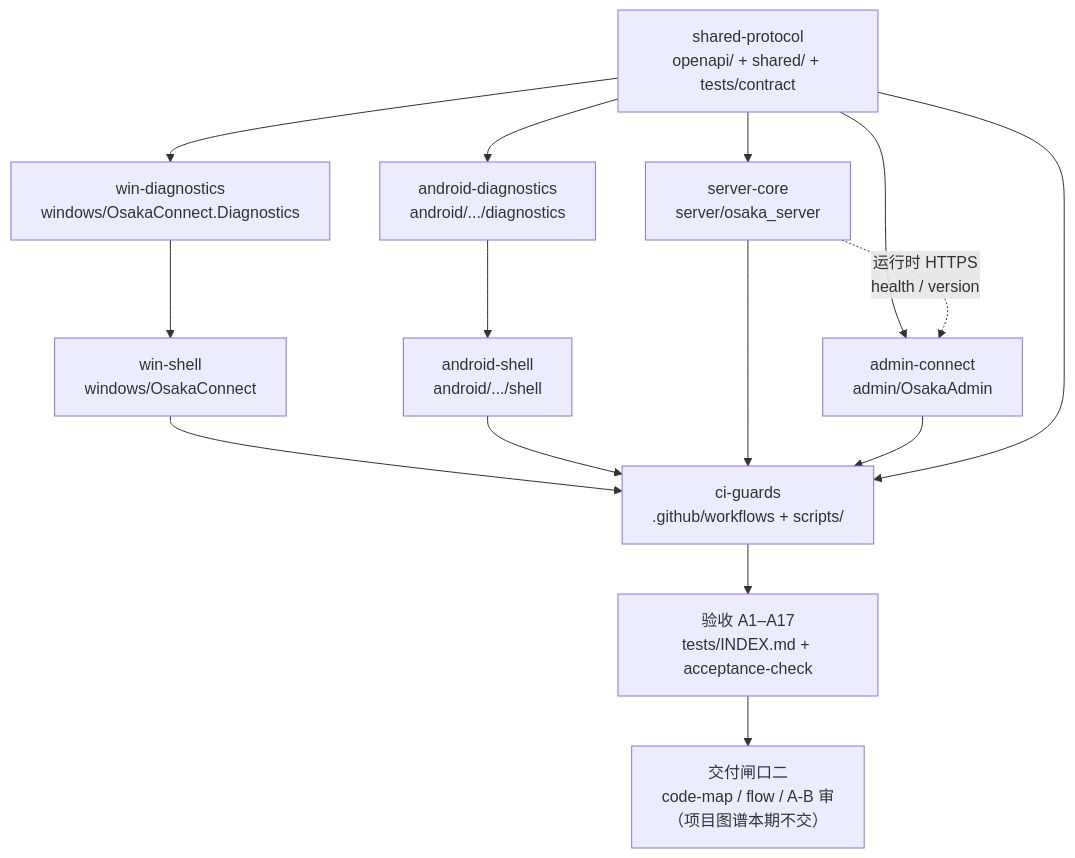
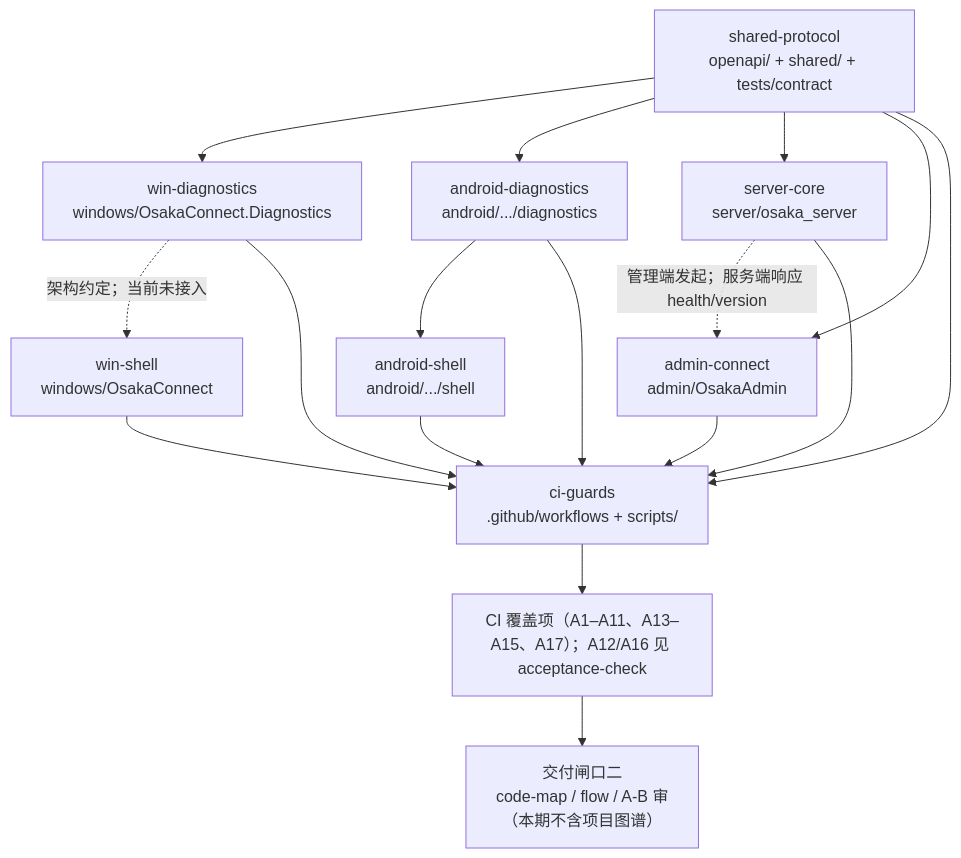
One commit to Yarrow-he/OsakaConnect changed the diagram in docs/delivery/v0.1.0/flow.mmd. Above: the diagram before and after it, drawn with Mermaid. The commit also changed 3 other files, not shown here.

First line of the commit message:
按 A/B 评审补交付文档说明：澄清壳依赖、测试路径和流程图边

```diff
--- a/docs/delivery/v0.1.0/flow.mmd
+++ b/docs/delivery/v0.1.0/flow.mmd
@@ -1,21 +1,23 @@
 flowchart TD
   shared["shared-protocol<br/>openapi/ + shared/ + tests/contract"]
 
   shared --> winDiag["win-diagnostics<br/>windows/OsakaConnect.Diagnostics"]
   shared --> andDiag["android-diagnostics<br/>android/.../diagnostics"]
   shared --> server["server-core<br/>server/osaka_server"]
   shared --> admin["admin-connect<br/>admin/OsakaAdmin"]
 
-  winDiag --> winShell["win-shell<br/>windows/OsakaConnect"]
+  winDiag -.->|"架构约定；当前未接入"| winShell["win-shell<br/>windows/OsakaConnect"]
   andDiag --> andShell["android-shell<br/>android/.../shell"]
 
-  server -.->|"运行时 HTTPS<br/>health / version"| admin
+  server -.->|"管理端发起；服务端响应 health/version"| admin
 
-  winShell --> ci["ci-guards<br/>.github/workflows + scripts/"]
+  winDiag --> ci["ci-guards<br/>.github/workflows + scripts/"]
+  andDiag --> ci
+  winShell --> ci
   andShell --> ci
   server --> ci
   admin --> ci
   shared --> ci
 
-  ci --> accept["验收 A1–A17<br/>tests/INDEX.md + acceptance-check"]
-  accept --> delivery["交付闸口二<br/>code-map / flow / A-B 审<br/>（项目图谱本期不交）"]
+  ci --> accept["CI 覆盖项（A1–A11、A13–A15、A17）；A12/A16 见 acceptance-check"]
+  accept --> delivery["交付闸口二<br/>code-map / flow / A-B 审<br/>（本期不含项目图谱）"]
```
